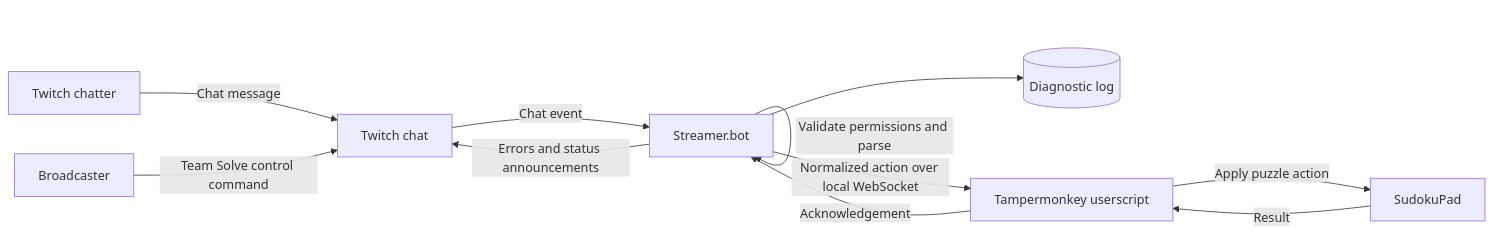
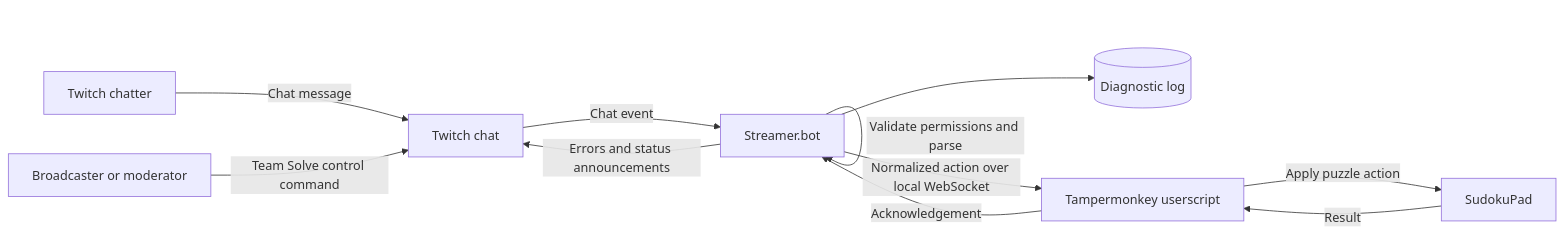
One commit to megamug1/SudokuTeamSolve changed the first of 2 diagrams in docs/overview.md. Above: the diagram before and after it, drawn with Mermaid. The commit also changed other lines of this file and 5 other files, not shown here.

Commit message:
Document streamlined Team Solve controls and persistent settings

````diff
--- a/docs/overview.md
+++ b/docs/overview.md
@@ -20,13 +21,13 @@
 ```mermaid
 flowchart LR
     Chatter[Twitch chatter] -->|Chat message| Twitch[Twitch chat]
     Twitch -->|Chat event| SB[Streamer.bot]
-    Broadcaster[Broadcaster] -->|Team Solve control command| Twitch
+    Controller[Broadcaster or moderator] -->|Team Solve control command| Twitch
     SB -->|Validate permissions and parse| SB
     SB -->|Normalized action over local WebSocket| TM[Tampermonkey userscript]
     TM -->|Apply puzzle action| SP[SudokuPad]
     SP -->|Result| TM
     TM -->|Acknowledgement| SB
     SB -->|Errors and status announcements| Twitch
     SB --> Log[(Diagnostic log)]
 ```
````
